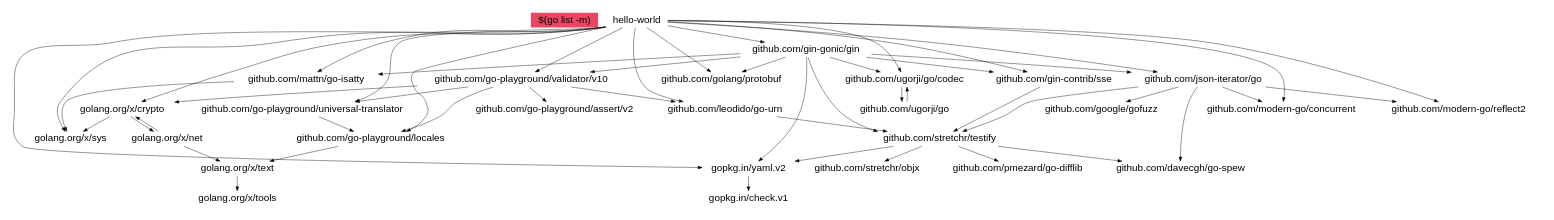
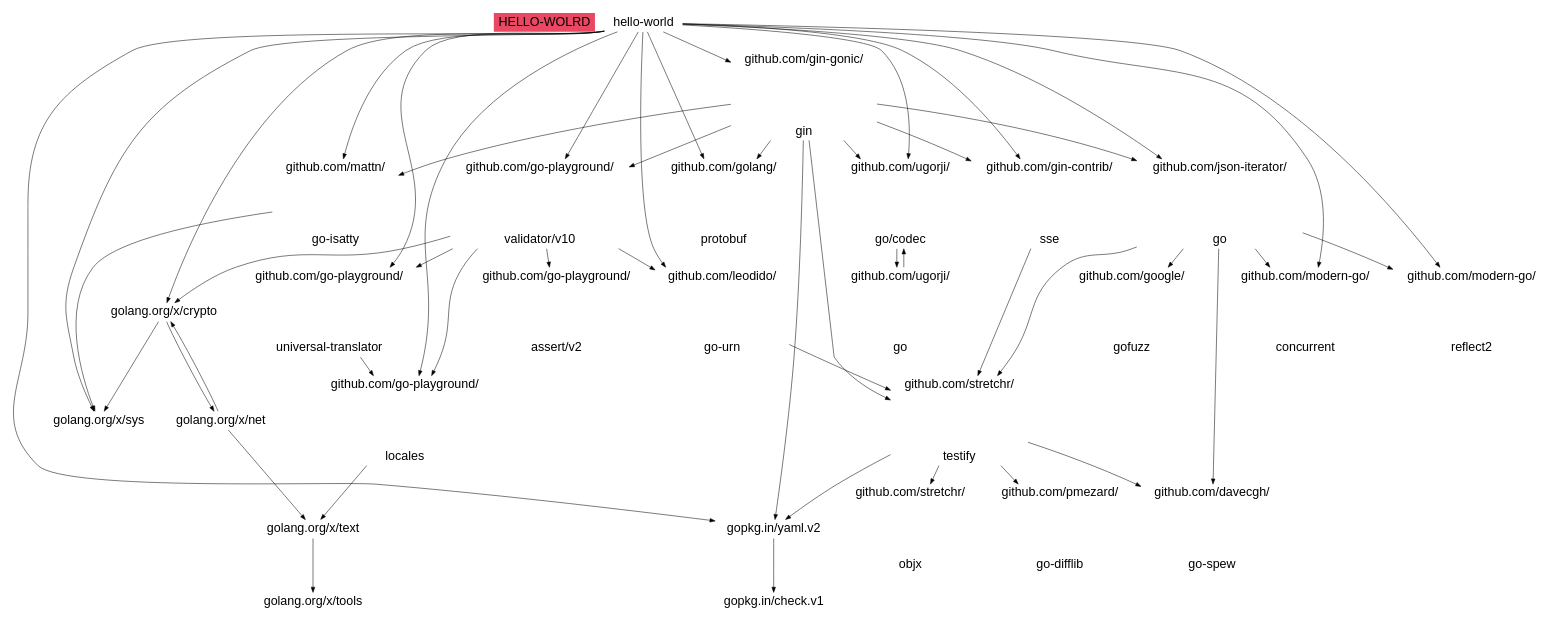
Before and after one commit to lopes-leandro/hello-world: the diagram in graph.dot, drawn with Graphviz. The commit also changed 5 other files, not shown here.

```diff
--- a/graph.dot
+++ b/graph.dot
@@ -1,58 +1,58 @@
 digraph {
     graph [overlap=false, size=14];
-    root="$(go list -m)";
+    root="HELLO-WOLRD";
     node [ shape = plaintext, fontname = "Helvetica", 
           fontsize=24];
-    "$(go list -m)" [style = filled, 
+    "HELLO-WOLRD" [style = filled, 
                      fillcolor = "#E94762"];
-"github.com/gin-contrib/sse" -> "github.com/stretchr/testify"
-"github.com/gin-gonic/gin" -> "github.com/gin-contrib/sse"
-"github.com/gin-gonic/gin" -> "github.com/go-playground/validator/v10"
-"github.com/gin-gonic/gin" -> "github.com/golang/protobuf"
-"github.com/gin-gonic/gin" -> "github.com/json-iterator/go"
-"github.com/gin-gonic/gin" -> "github.com/mattn/go-isatty"
-"github.com/gin-gonic/gin" -> "github.com/stretchr/testify"
-"github.com/gin-gonic/gin" -> "github.com/ugorji/go/codec"
-"github.com/gin-gonic/gin" -> "gopkg.in/yaml.v2"
-"github.com/go-playground/locales" -> "golang.org/x/text"
-"github.com/go-playground/universal-translator" -> "github.com/go-playground/locales"
-"github.com/go-playground/validator/v10" -> "github.com/go-playground/assert/v2"
-"github.com/go-playground/validator/v10" -> "github.com/go-playground/locales"
-"github.com/go-playground/validator/v10" -> "github.com/go-playground/universal-translator"
-"github.com/go-playground/validator/v10" -> "github.com/leodido/go-urn"
-"github.com/go-playground/validator/v10" -> "golang.org/x/crypto"
-"github.com/json-iterator/go" -> "github.com/davecgh/go-spew"
-"github.com/json-iterator/go" -> "github.com/google/gofuzz"
-"github.com/json-iterator/go" -> "github.com/modern-go/concurrent"
-"github.com/json-iterator/go" -> "github.com/modern-go/reflect2"
-"github.com/json-iterator/go" -> "github.com/stretchr/testify"
-"github.com/leodido/go-urn" -> "github.com/stretchr/testify"
-"github.com/mattn/go-isatty" -> "golang.org/x/sys"
-"github.com/stretchr/testify" -> "github.com/davecgh/go-spew"
-"github.com/stretchr/testify" -> "github.com/pmezard/go-difflib"
-"github.com/stretchr/testify" -> "github.com/stretchr/objx"
-"github.com/stretchr/testify" -> "gopkg.in/yaml.v2"
-"github.com/ugorji/go" -> "github.com/ugorji/go/codec"
-"github.com/ugorji/go/codec" -> "github.com/ugorji/go"
+"github.com/gin-contrib/\n\n\n\n\nsse" -> "github.com/stretchr/\n\n\n\n\ntestify"
+"github.com/gin-gonic/\n\n\n\n\ngin" -> "github.com/gin-contrib/\n\n\n\n\nsse"
+"github.com/gin-gonic/\n\n\n\n\ngin" -> "github.com/go-playground/\n\n\n\n\nvalidator/v10"
+"github.com/gin-gonic/\n\n\n\n\ngin" -> "github.com/golang/\n\n\n\n\nprotobuf"
+"github.com/gin-gonic/\n\n\n\n\ngin" -> "github.com/json-iterator/\n\n\n\n\ngo"
+"github.com/gin-gonic/\n\n\n\n\ngin" -> "github.com/mattn/\n\n\n\n\ngo-isatty"
+"github.com/gin-gonic/\n\n\n\n\ngin" -> "github.com/stretchr/\n\n\n\n\ntestify"
+"github.com/gin-gonic/\n\n\n\n\ngin" -> "github.com/ugorji/\n\n\n\n\ngo/codec"
+"github.com/gin-gonic/\n\n\n\n\ngin" -> "gopkg.in/yaml.v2"
+"github.com/go-playground/\n\n\n\n\nlocales" -> "golang.org/x/text"
+"github.com/go-playground/\n\n\n\n\nuniversal-translator" -> "github.com/go-playground/\n\n\n\n\nlocales"
+"github.com/go-playground/\n\n\n\n\nvalidator/v10" -> "github.com/go-playground/\n\n\n\n\nassert/v2"
+"github.com/go-playground/\n\n\n\n\nvalidator/v10" -> "github.com/go-playground/\n\n\n\n\nlocales"
+"github.com/go-playground/\n\n\n\n\nvalidator/v10" -> "github.com/go-playground/\n\n\n\n\nuniversal-translator"
+"github.com/go-playground/\n\n\n\n\nvalidator/v10" -> "github.com/leodido/\n\n\n\n\ngo-urn"
+"github.com/go-playground/\n\n\n\n\nvalidator/v10" -> "golang.org/x/crypto"
+"github.com/json-iterator/\n\n\n\n\ngo" -> "github.com/davecgh/\n\n\n\n\ngo-spew"
+"github.com/json-iterator/\n\n\n\n\ngo" -> "github.com/google/\n\n\n\n\ngofuzz"
+"github.com/json-iterator/\n\n\n\n\ngo" -> "github.com/modern-go/\n\n\n\n\nconcurrent"
+"github.com/json-iterator/\n\n\n\n\ngo" -> "github.com/modern-go/\n\n\n\n\nreflect2"
+"github.com/json-iterator/\n\n\n\n\ngo" -> "github.com/stretchr/\n\n\n\n\ntestify"
+"github.com/leodido/\n\n\n\n\ngo-urn" -> "github.com/stretchr/\n\n\n\n\ntestify"
+"github.com/mattn/\n\n\n\n\ngo-isatty" -> "golang.org/x/sys"
+"github.com/stretchr/\n\n\n\n\ntestify" -> "github.com/davecgh/\n\n\n\n\ngo-spew"
+"github.com/stretchr/\n\n\n\n\ntestify" -> "github.com/pmezard/\n\n\n\n\ngo-difflib"
+"github.com/stretchr/\n\n\n\n\ntestify" -> "github.com/stretchr/\n\n\n\n\nobjx"
+"github.com/stretchr/\n\n\n\n\ntestify" -> "gopkg.in/yaml.v2"
+"github.com/ugorji/\n\n\n\n\ngo" -> "github.com/ugorji/\n\n\n\n\ngo/codec"
+"github.com/ugorji/\n\n\n\n\ngo/codec" -> "github.com/ugorji/\n\n\n\n\ngo"
 "golang.org/x/crypto" -> "golang.org/x/net"
 "golang.org/x/crypto" -> "golang.org/x/sys"
 "golang.org/x/net" -> "golang.org/x/crypto"
 "golang.org/x/net" -> "golang.org/x/text"
 "golang.org/x/text" -> "golang.org/x/tools"
 "gopkg.in/yaml.v2" -> "gopkg.in/check.v1"
-"hello-world" -> "github.com/gin-contrib/sse"
-"hello-world" -> "github.com/gin-gonic/gin"
-"hello-world" -> "github.com/go-playground/locales"
-"hello-world" -> "github.com/go-playground/universal-translator"
-"hello-world" -> "github.com/go-playground/validator/v10"
-"hello-world" -> "github.com/golang/protobuf"
-"hello-world" -> "github.com/json-iterator/go"
-"hello-world" -> "github.com/leodido/go-urn"
-"hello-world" -> "github.com/mattn/go-isatty"
-"hello-world" -> "github.com/modern-go/concurrent"
-"hello-world" -> "github.com/modern-go/reflect2"
-"hello-world" -> "github.com/ugorji/go/codec"
+"hello-world" -> "github.com/gin-contrib/\n\n\n\n\nsse"
+"hello-world" -> "github.com/gin-gonic/\n\n\n\n\ngin"
+"hello-world" -> "github.com/go-playground/\n\n\n\n\nlocales"
+"hello-world" -> "github.com/go-playground/\n\n\n\n\nuniversal-translator"
+"hello-world" -> "github.com/go-playground/\n\n\n\n\nvalidator/v10"
+"hello-world" -> "github.com/golang/\n\n\n\n\nprotobuf"
+"hello-world" -> "github.com/json-iterator/\n\n\n\n\ngo"
+"hello-world" -> "github.com/leodido/\n\n\n\n\ngo-urn"
+"hello-world" -> "github.com/mattn/\n\n\n\n\ngo-isatty"
+"hello-world" -> "github.com/modern-go/\n\n\n\n\nconcurrent"
+"hello-world" -> "github.com/modern-go/\n\n\n\n\nreflect2"
+"hello-world" -> "github.com/ugorji/\n\n\n\n\ngo/codec"
 "hello-world" -> "golang.org/x/crypto"
 "hello-world" -> "golang.org/x/sys"
 "hello-world" -> "gopkg.in/yaml.v2"
 }
```
